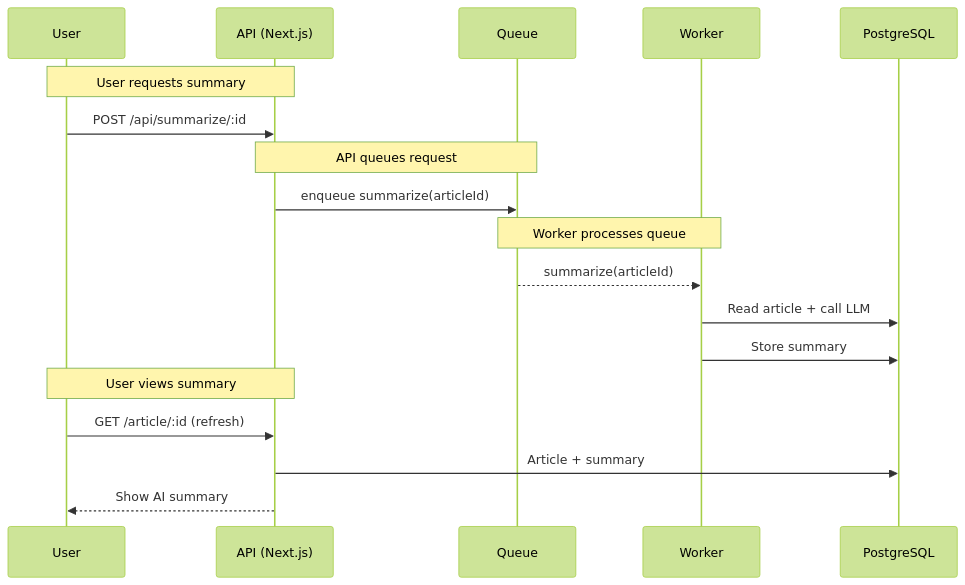
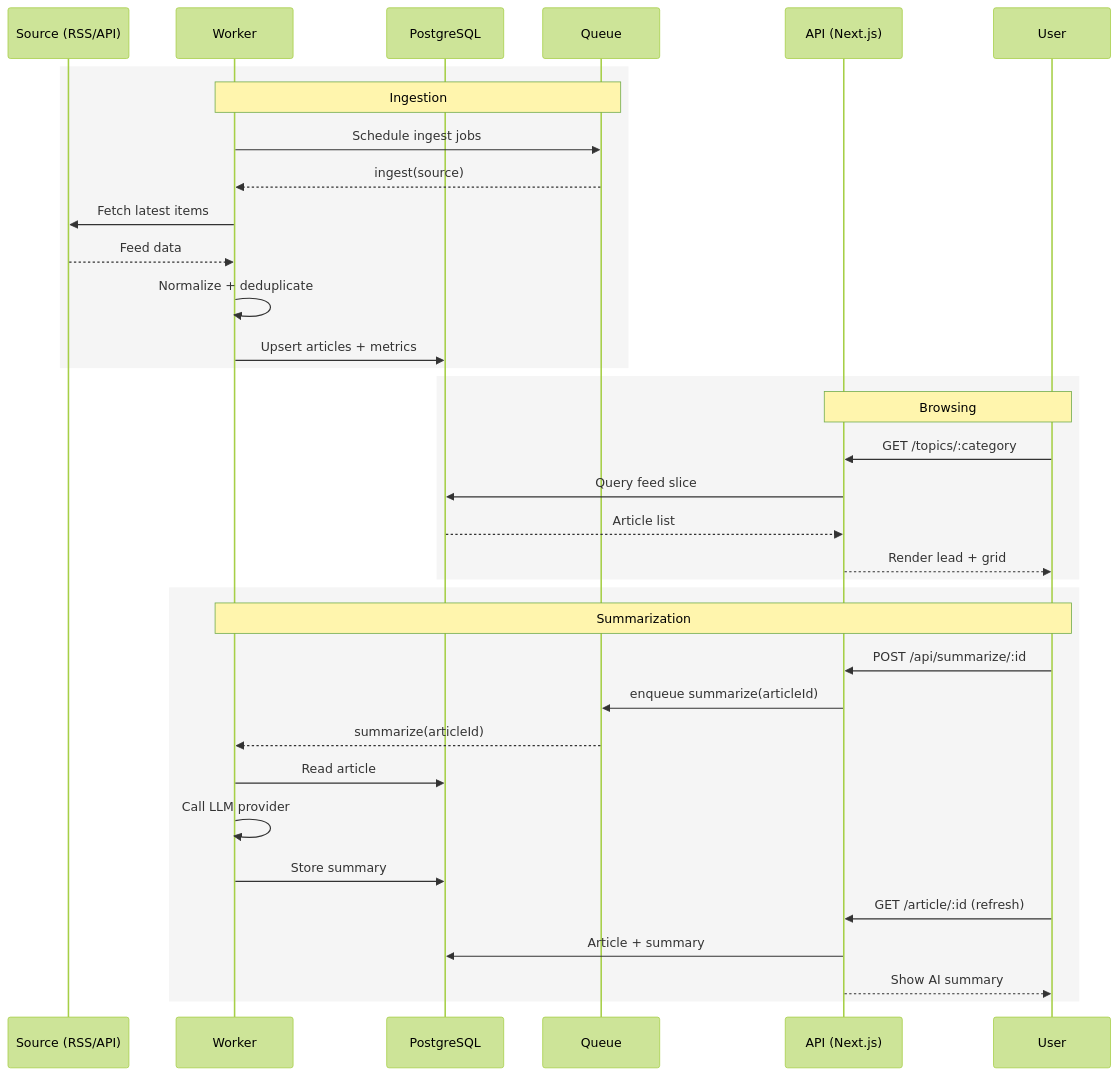
Before and after one commit to nordeim/onestopnews: the second of 3 diagrams in README.md, drawn with Mermaid (forest theme).

````diff
--- a/README.md
+++ b/README.md
@@ -128,21 +128,40 @@
 ```mermaid
 sequenceDiagram
-  participant U as User
-  participant A as API (Next.js)
-  participant Q as Queue
+  participant S as Source (RSS/API)
   participant W as Worker
   participant DB as PostgreSQL
+  participant Q as Queue
+  participant A as API (Next.js)
+  participant U as User
 
-  Note over U,A: User requests summary
-  U->>A: POST /api/summarize/:id
-  Note over A,Q: API queues request
-  A->>Q: enqueue summarize(articleId)
-  Note over Q,W: Worker processes queue
-  Q-->>W: summarize(articleId)
-  W->>DB: Read article + call LLM
-  W->>DB: Store summary
-  Note over A,U: User views summary
-  U->>A: GET /article/:id (refresh)
-  A->>DB: Article + summary
-  A-->>U: Show AI summary
+  rect rgb(245,245,245)
+    Note over W,Q: Ingestion
+    W->>Q: Schedule ingest jobs
+    Q-->>W: ingest(source)
+    W->>S: Fetch latest items
+    S-->>W: Feed data
+    W->>W: Normalize + deduplicate
+    W->>DB: Upsert articles + metrics
+  end
+
+  rect rgb(245,245,245)
+    Note over A,U: Browsing
+    U->>A: GET /topics/:category
+    A->>DB: Query feed slice
+    DB-->>A: Article list
+    A-->>U: Render lead + grid
+  end
+
+  rect rgb(245,245,245)
+    Note over W,U: Summarization
+    U->>A: POST /api/summarize/:id
+    A->>Q: enqueue summarize(articleId)
+    Q-->>W: summarize(articleId)
+    W->>DB: Read article
+    W->>W: Call LLM provider
+    W->>DB: Store summary
+    U->>A: GET /article/:id (refresh)
+    A->>DB: Article + summary
+    A-->>U: Show AI summary
+  end
 ```
````
